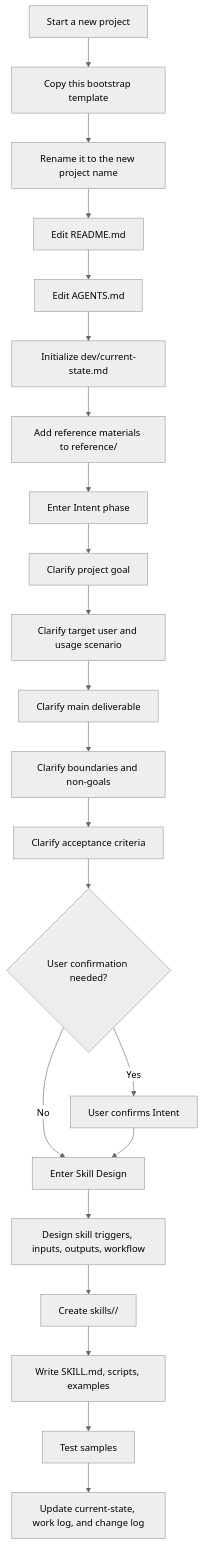
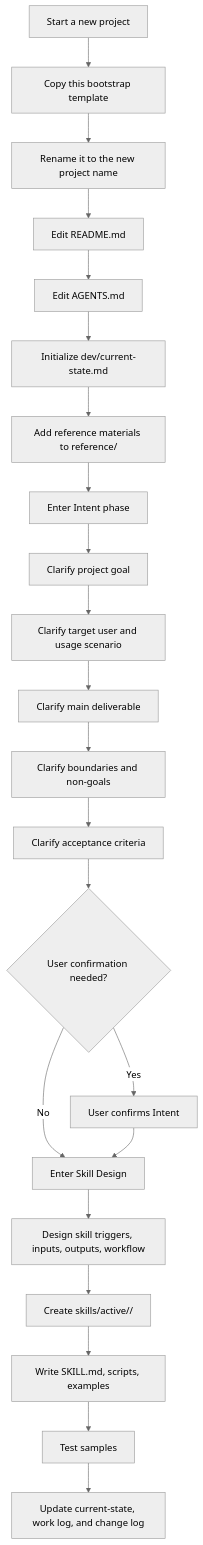
The second of 2 diagrams in README.md (ziyingfay/agent-project-template), drawn with Mermaid (neutral theme) before and after one commit. The commit also changed other lines of this file and 11 other files, not shown here.

````diff
--- a/README.md
+++ b/README.md
@@ -169,28 +171,28 @@
 ```mermaid
 flowchart TD
     A["Start a new project"] --> B["Copy this bootstrap template"]
     B --> C["Rename it to the new project name"]
     C --> D["Edit README.md"]
     D --> E["Edit AGENTS.md"]
     E --> F["Initialize dev/current-state.md"]
 
     F --> G["Add reference materials to reference/"]
     G --> H["Enter Intent phase"]
 
     H --> I["Clarify project goal"]
     I --> J["Clarify target user and usage scenario"]
     J --> K["Clarify main deliverable"]
     K --> L["Clarify boundaries and non-goals"]
     L --> M["Clarify acceptance criteria"]
 
     M --> N{"User confirmation needed?"}
     N -->|Yes| O["User confirms Intent"]
     N -->|No| P["Enter Skill Design"]
 
     O --> P
     P --> Q["Design skill triggers, inputs, outputs, workflow"]
-    Q --> R["Create skills/<skill-name>/"]
+    Q --> R["Create skills/active/<skill-name>/"]
     R --> S["Write SKILL.md, scripts, examples"]
     S --> T["Test samples"]
     T --> U["Update current-state, work log, and change log"]
 ```
````
